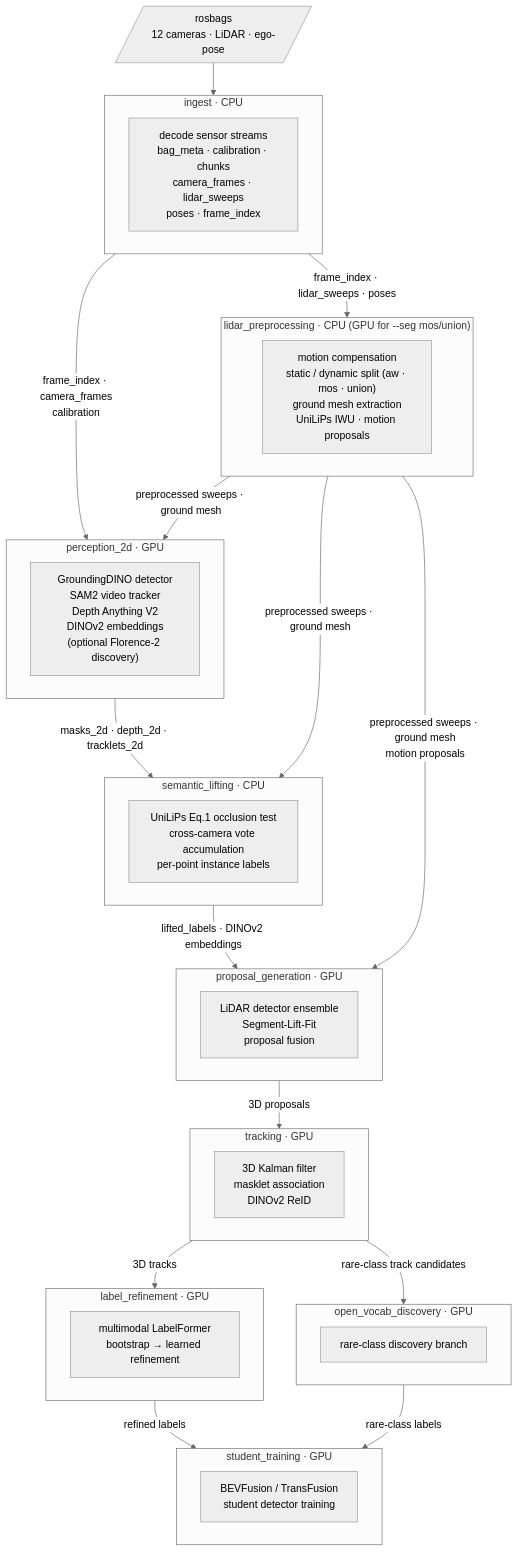
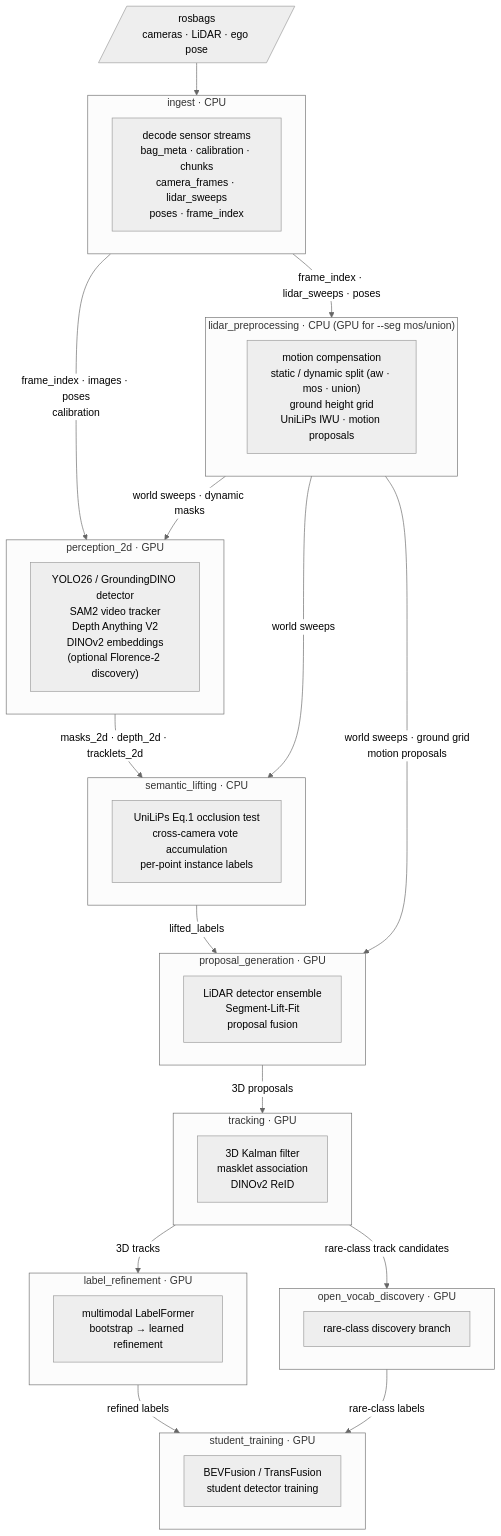
One commit to WATonomous/wato_world changed the diagram in README.md. Above: the diagram before and after it, drawn with Mermaid (neutral theme). The commit also changed other lines of this file and 111 other files, not shown here.

````diff
--- a/README.md
+++ b/README.md
@@ -9,54 +10,54 @@
 ```mermaid
 flowchart TD
-    BAG[/"rosbags\n12 cameras · LiDAR · ego-pose"/]
+    BAG[/"rosbags\ncameras · LiDAR · ego pose"/]
 
     subgraph ingest["ingest  ·  CPU"]
         I["decode sensor streams\nbag_meta · calibration · chunks\ncamera_frames · lidar_sweeps\nposes · frame_index"]
     end
 
     subgraph lidar_prep["lidar_preprocessing  ·  CPU (GPU for --seg mos/union)"]
-        LP["motion compensation\nstatic / dynamic split (aw · mos · union)\nground mesh extraction\nUniLiPs IWU · motion proposals"]
+        LP["motion compensation\nstatic / dynamic split (aw · mos · union)\nground height grid\nUniLiPs IWU · motion proposals"]
     end
 
     subgraph perception_2d["perception_2d  ·  GPU"]
-        P2["GroundingDINO detector\nSAM2 video tracker\nDepth Anything V2\nDINOv2 embeddings\n(optional Florence-2 discovery)"]
+        P2["YOLO26 / GroundingDINO detector\nSAM2 video tracker\nDepth Anything V2\nDINOv2 embeddings\n(optional Florence-2 discovery)"]
     end
 
     subgraph semantic_lifting["semantic_lifting  ·  CPU"]
         SL["UniLiPs Eq.1 occlusion test\ncross-camera vote accumulation\nper-point instance labels"]
     end
 
     subgraph proposal_gen["proposal_generation  ·  GPU"]
         PG["LiDAR detector ensemble\nSegment-Lift-Fit\nproposal fusion"]
     end
 
     subgraph tracking["tracking  ·  GPU"]
         TR["3D Kalman filter\nmasklet association\nDINOv2 ReID"]
     end
 
     subgraph label_ref["label_refinement  ·  GPU"]
         LR["multimodal LabelFormer\nbootstrap → learned refinement"]
     end
 
     subgraph ovd["open_vocab_discovery  ·  GPU"]
         OV["rare-class discovery branch"]
     end
 
     subgraph student["student_training  ·  GPU"]
         ST["BEVFusion / TransFusion\nstudent detector training"]
     end
 
     BAG --> ingest
-    ingest -- "frame_index · camera_frames\ncalibration" --> perception_2d
+    ingest -- "frame_index · images · poses\ncalibration" --> perception_2d
     ingest -- "frame_index · lidar_sweeps · poses" --> lidar_prep
-    lidar_prep -- "preprocessed sweeps · ground mesh" --> perception_2d
-    lidar_prep -- "preprocessed sweeps · ground mesh" --> semantic_lifting
+    lidar_prep -- "world sweeps · dynamic masks" --> perception_2d
+    lidar_prep -- "world sweeps" --> semantic_lifting
     perception_2d -- "masks_2d · depth_2d · tracklets_2d" --> semantic_lifting
-    semantic_lifting -- "lifted_labels · DINOv2 embeddings" --> proposal_gen
-    lidar_prep -- "preprocessed sweeps · ground mesh\nmotion proposals" --> proposal_gen
+    semantic_lifting -- "lifted_labels" --> proposal_gen
+    lidar_prep -- "world sweeps · ground grid\nmotion proposals" --> proposal_gen
     proposal_gen -- "3D proposals" --> tracking
     tracking -- "3D tracks" --> label_ref
     tracking -- "rare-class track candidates" --> ovd
     label_ref -- "refined labels" --> student
     ovd -- "rare-class labels" --> student
 ```
````
